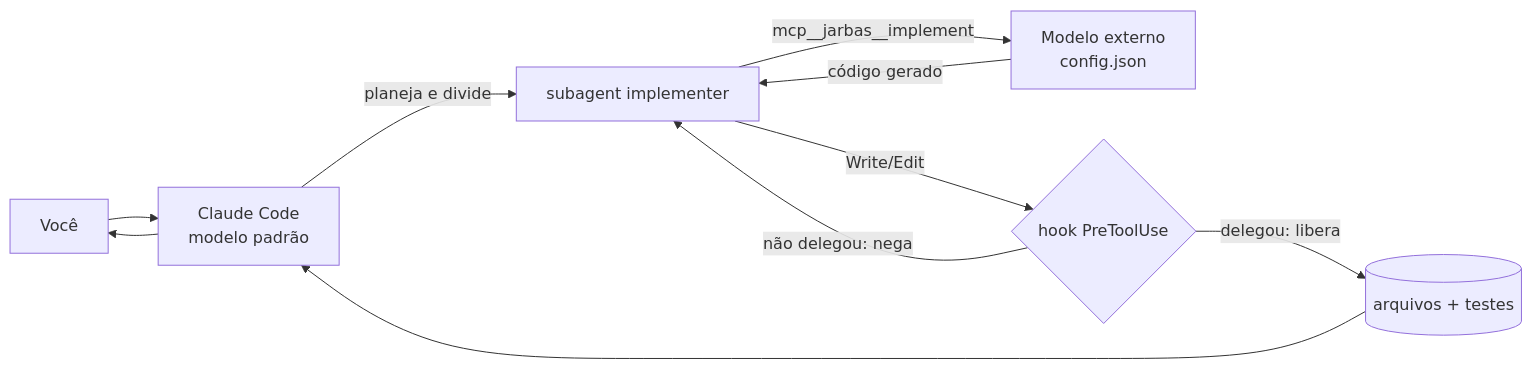
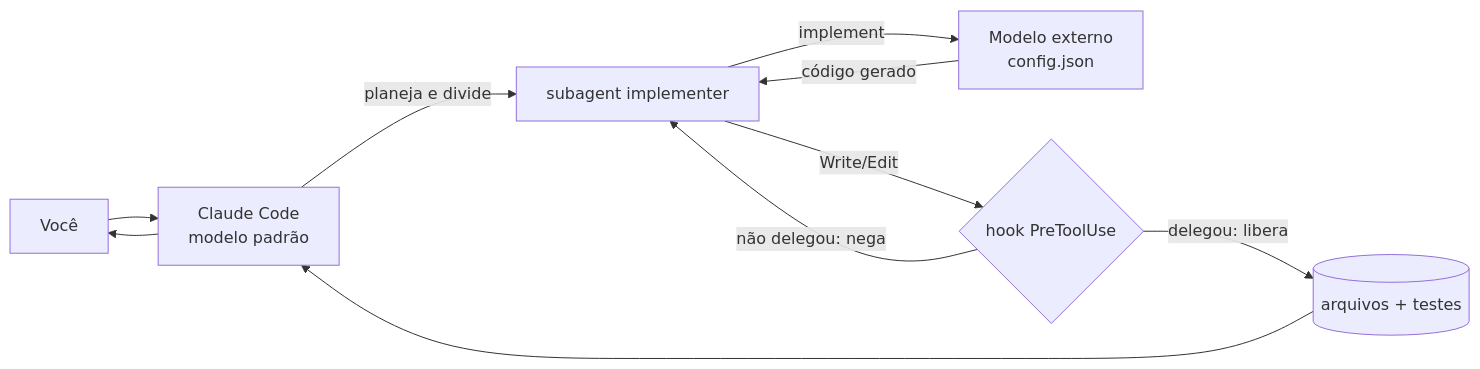
Before and after one commit to Conjo-SA/jarbas-ai-plugin: the diagram in README.md, drawn with Mermaid. The commit also changed other lines of this file and 9 other files, not shown here.

````diff
--- a/README.md
+++ b/README.md
@@ -11,12 +11,12 @@
 ```mermaid
 flowchart LR
     U[Você] --> O[Claude Code<br/>modelo padrão]
     O -->|planeja e divide| S[subagent implementer]
-    S -->|mcp__jarbas__implement| M[Modelo externo<br/>config.json]
+    S -->|implement| M[Modelo externo<br/>config.json]
     M -->|código gerado| S
     S -->|Write/Edit| H{hook PreToolUse}
     H -->|delegou: libera| F[(arquivos + testes)]
     H -->|não delegou: nega| S
     F --> O
     O --> U
 ```
````
